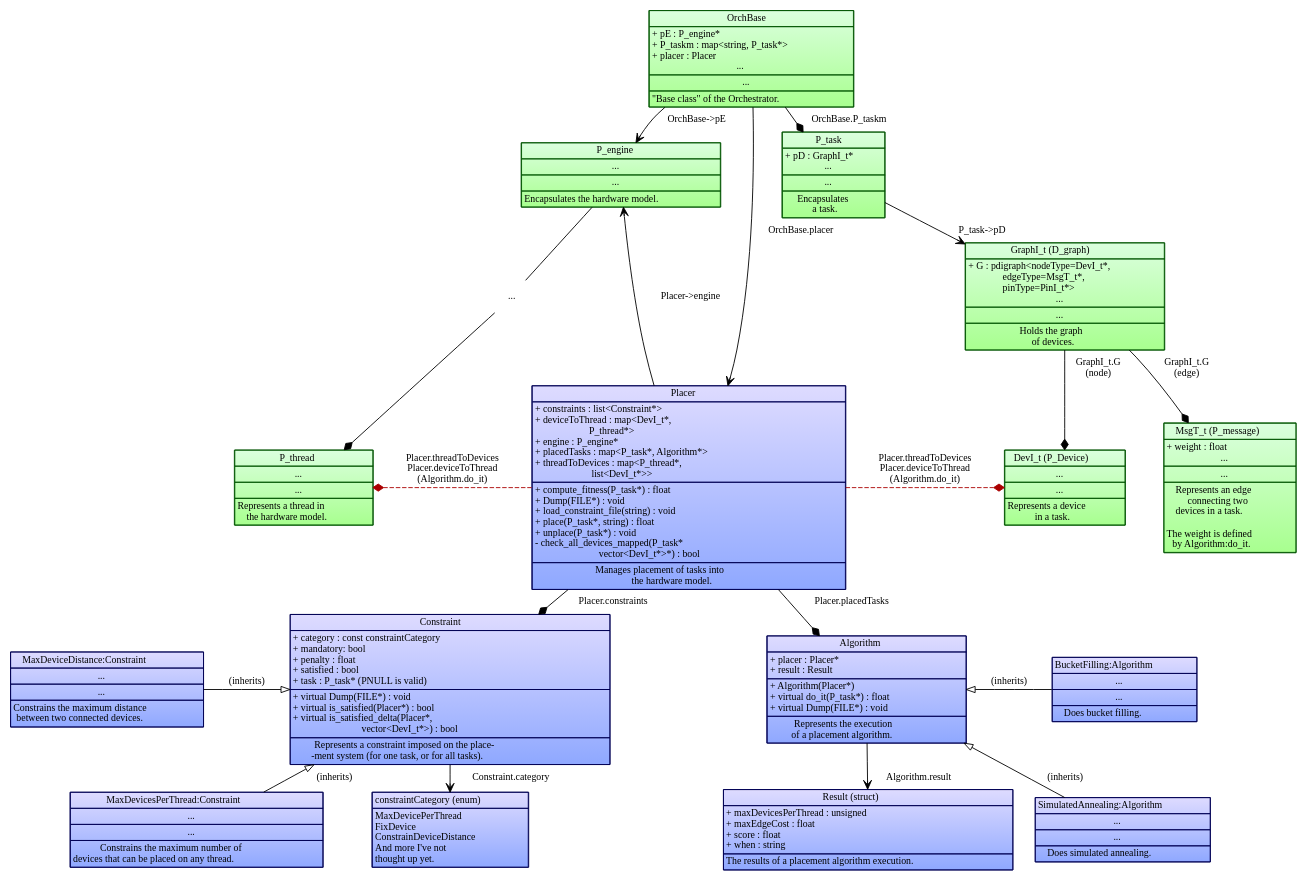
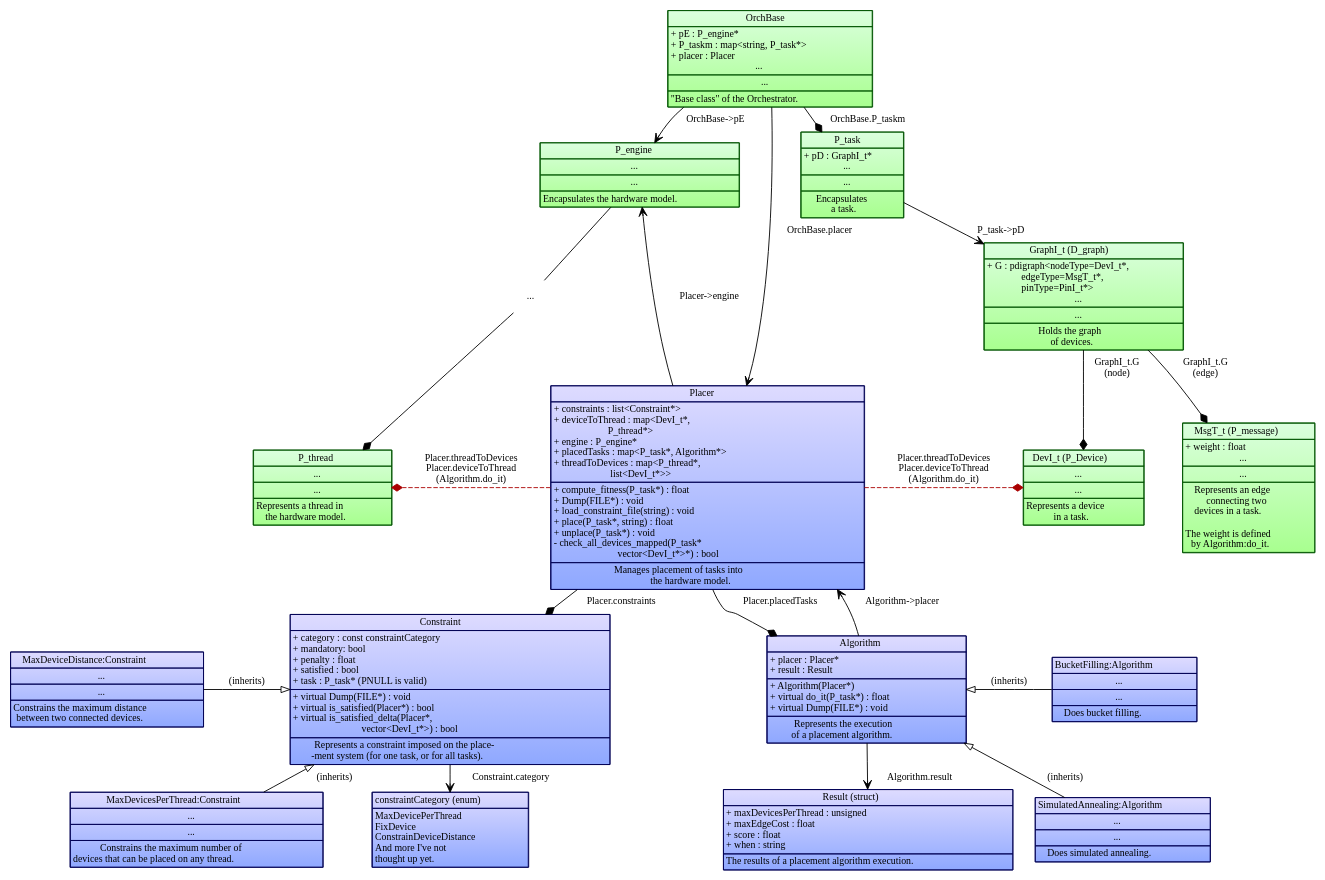
The diagram in images/source/placement_design_data_structure.dot (POETSII/orchestrator-documentation), drawn with Graphviz before and after one commit.

Commit message:
Actually add the back-pointer.

```diff
--- a/images/source/placement_design_data_structure.dot
+++ b/images/source/placement_design_data_structure.dot
@@ -269,6 +269,7 @@
         OrchBase -> P_engine[label=" OrchBase->pE"];
         P_task -> GraphI_t[label=" P_task->pD"];
         Placer -> P_engine[label=" Placer->engine"];
+        Algorithm -> Placer[label=" Algorithm->placer"];
     }
 
     /* Containment across ellipsis nodes. */
```
